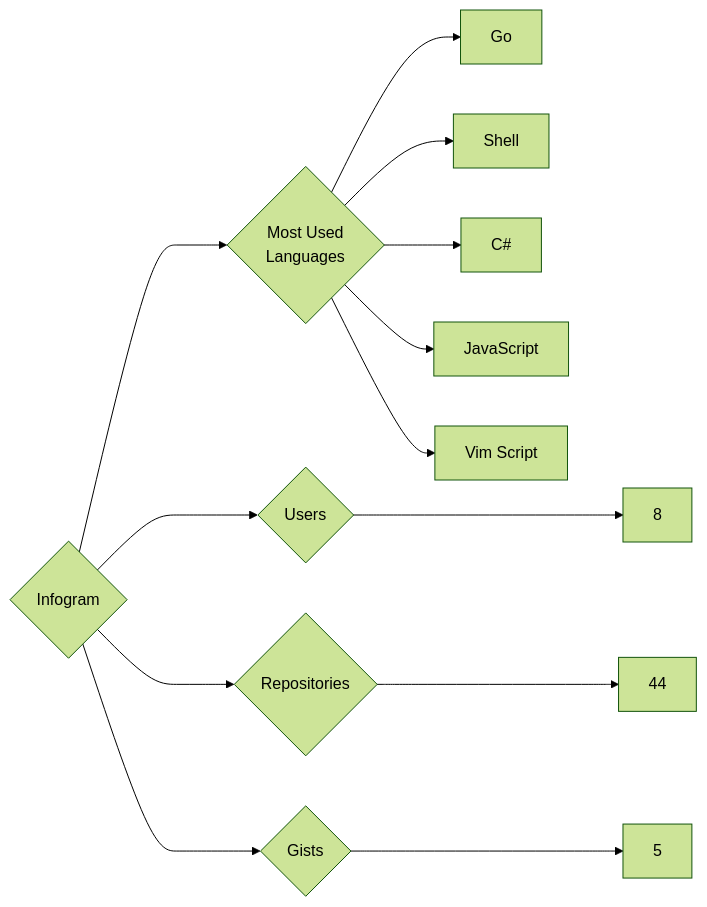
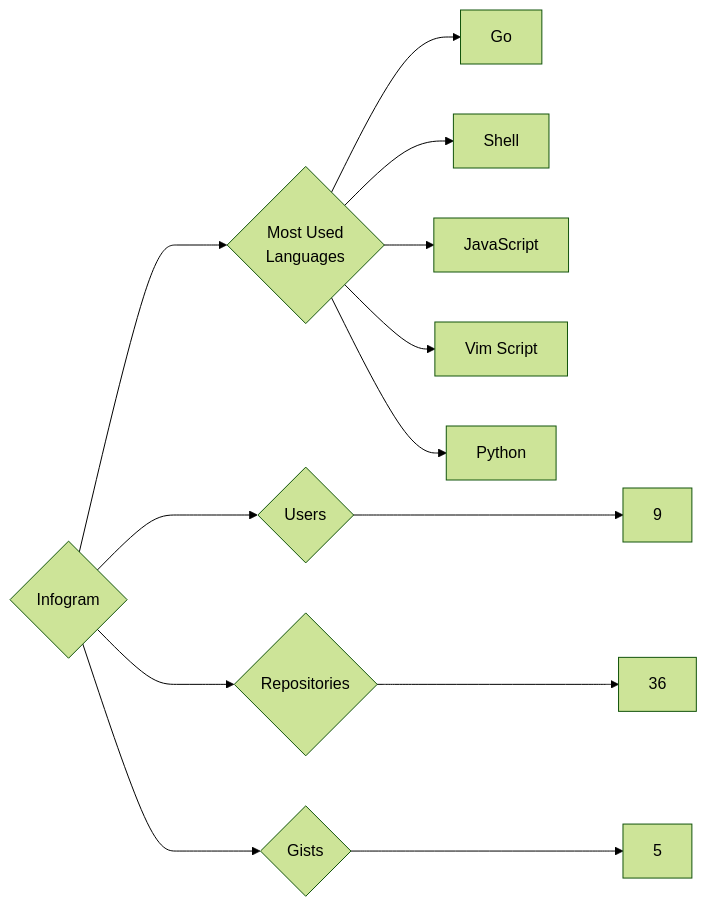
One commit to trickest/insiders changed the diagram in targets/Infogram/README.md. Above: the diagram before and after it, drawn with Mermaid (forest theme). The commit also changed 860 other files, not shown here.

````diff
--- a/targets/Infogram/README.md
+++ b/targets/Infogram/README.md
@@ -3,13 +3,13 @@
 ```mermaid
 graph LR
 COMPANY_NAME{Infogram}
-COMPANY_NAME ---> U{Users} ---> UN[8]
-COMPANY_NAME ---> R{Repositories} ---> RN[44]
+COMPANY_NAME ---> U{Users} ---> UN[9]
+COMPANY_NAME ---> R{Repositories} ---> RN[36]
 COMPANY_NAME ---> G{Gists} ---> GN[5]
 COMPANY_NAME ---> ML{Most Used<br>Languages}
 ML --> Go[Go]
 ML --> Shell[Shell]
-ML --> C#[C#]
 ML --> JavaScript[JavaScript]
 ML --> Vim_Script[Vim Script]
+ML --> Python[Python]
 ```
````
